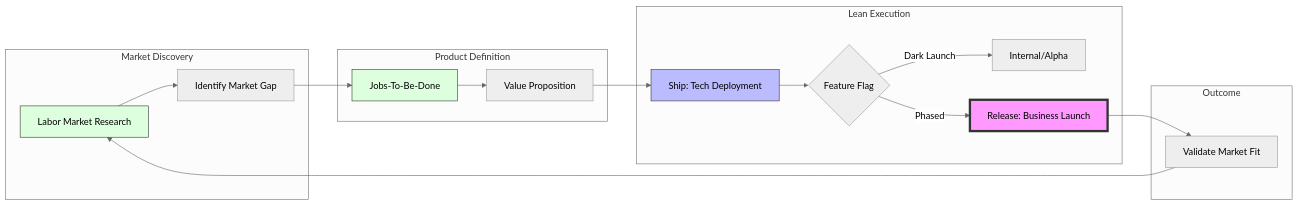
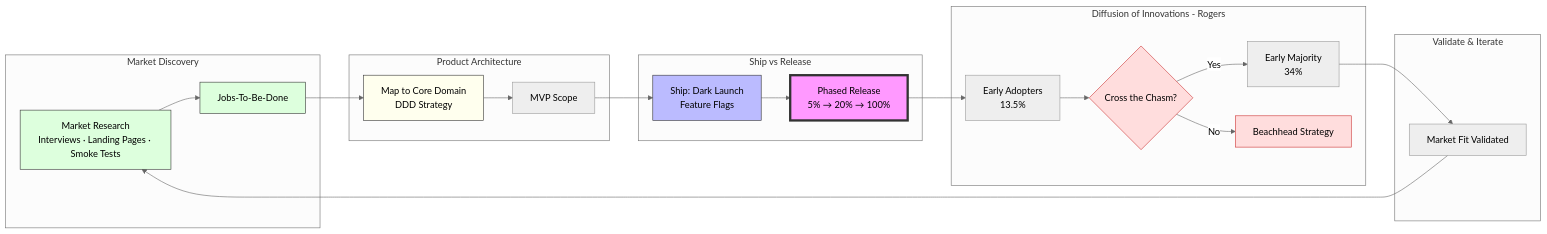
Before and after one commit to kinhluan/skills: the diagram in docs/business-product-leadership.md, drawn with Mermaid (neutral theme). The commit also changed other lines of this file and 3 other files, not shown here.

First line of the commit message:
feat: add problem-discovery skill and fix business-product-leadership doc

````diff
--- a/docs/business-product-leadership.md
+++ b/docs/business-product-leadership.md
@@ -7,28 +7,36 @@
 ```mermaid
 graph LR
-    subgraph Market_Discovery [Market Discovery]
-        LMR[Labor Market Research] --> Gap[Identify Market Gap]
+    subgraph Discovery [Market Discovery]
+        Research[Market Research\nInterviews · Landing Pages · Smoke Tests] --> JTBD[Jobs-To-Be-Done]
     end
 
-    subgraph Product_Definition [Product Definition]
-        Gap --> JTBD[Jobs-To-Be-Done]
-        JTBD --> VP[Value Proposition]
+    subgraph Architecture [Product Architecture]
+        JTBD --> DDD[Map to Core Domain\nDDD Strategy]
+        DDD --> MVP[MVP Scope]
     end
 
-    subgraph Lean_Execution [Lean Execution]
-        VP --> Ship[Ship: Tech Deployment]
-        Ship --> Flag{Feature Flag}
-        Flag -->|Dark Launch| Internal[Internal/Alpha]
-        Flag -->|Phased| Release[Release: Business Launch]
+    subgraph Delivery [Ship vs Release]
+        MVP --> Ship[Ship: Dark Launch\nFeature Flags]
+        Ship --> Release[Phased Release\n5% → 20% → 100%]
     end
 
-    subgraph Outcome
-        Release --> MarketFit[Validate Market Fit]
-        MarketFit --> LMR
+    subgraph Adoption [Diffusion of Innovations - Rogers]
+        Release --> EA[Early Adopters\n13.5%]
+        EA --> Chasm{Cross the Chasm?}
+        Chasm -->|Yes| EM[Early Majority\n34%]
+        Chasm -->|No| Pivot[Beachhead Strategy]
     end
 
-    style LMR fill:#dfd,stroke:#333
+    subgraph Feedback [Validate & Iterate]
+        EM --> Fit[Market Fit Validated]
+        Fit --> Research
+    end
+
+    style Research fill:#dfd,stroke:#333
     style JTBD fill:#dfd,stroke:#333
+    style DDD fill:#ffe,stroke:#333
     style Ship fill:#bbf,stroke:#333
     style Release fill:#f9f,stroke:#333,stroke-width:4px
+    style Chasm fill:#fdd,stroke:#c33
+    style Pivot fill:#fdd,stroke:#c33
 ```
````
